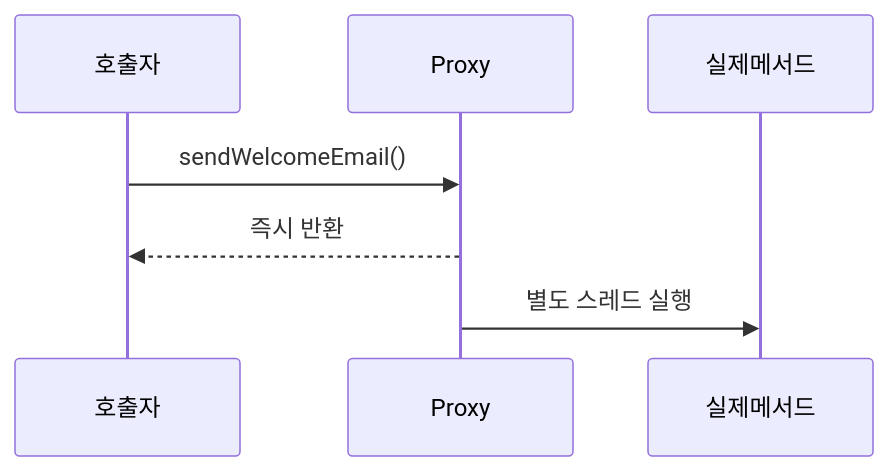
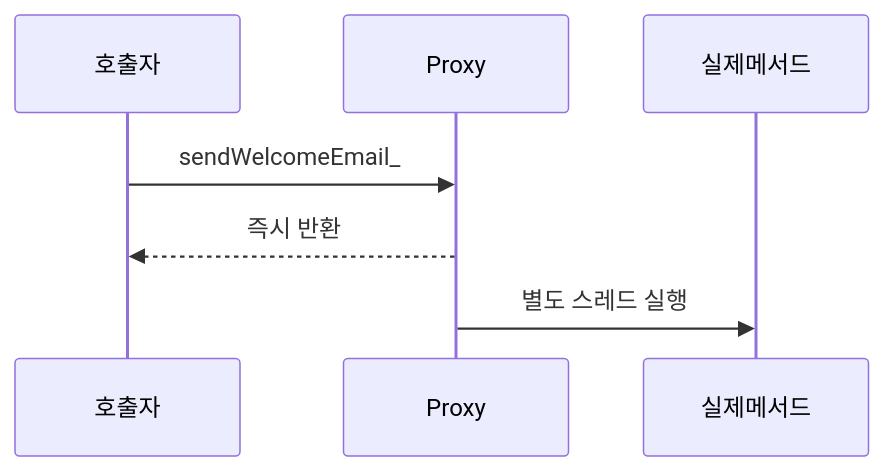
Before and after one commit to yjkim2015/yjkim2015.github.io: the first of 2 diagrams in _posts/spring/2026-05-01-spring-async.md, drawn with Mermaid. The commit also changed 85 other files, not shown here.

First line of the commit message:
sequenceDiagram 문법 에러 2차 수정 169개 (86파일)

````diff
--- a/_posts/spring/2026-05-01-spring-async.md
+++ b/_posts/spring/2026-05-01-spring-async.md
@@ -25,9 +25,9 @@
 ```mermaid
 sequenceDiagram
     participant C as 호출자
     participant P as Proxy
     participant M as 실제메서드
-    C->>P: sendWelcomeEmail()
+    C->>P: sendWelcomeEmail_
     P-->>C: 즉시 반환
     P->>M: 별도 스레드 실행
 ```
````
